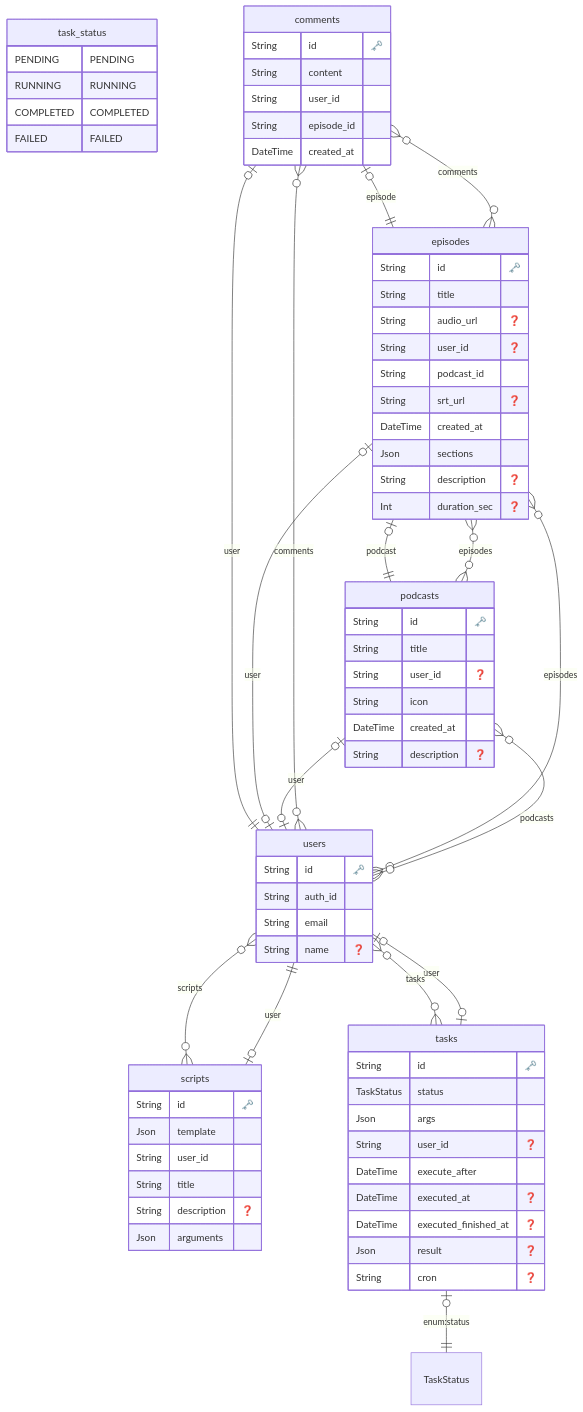
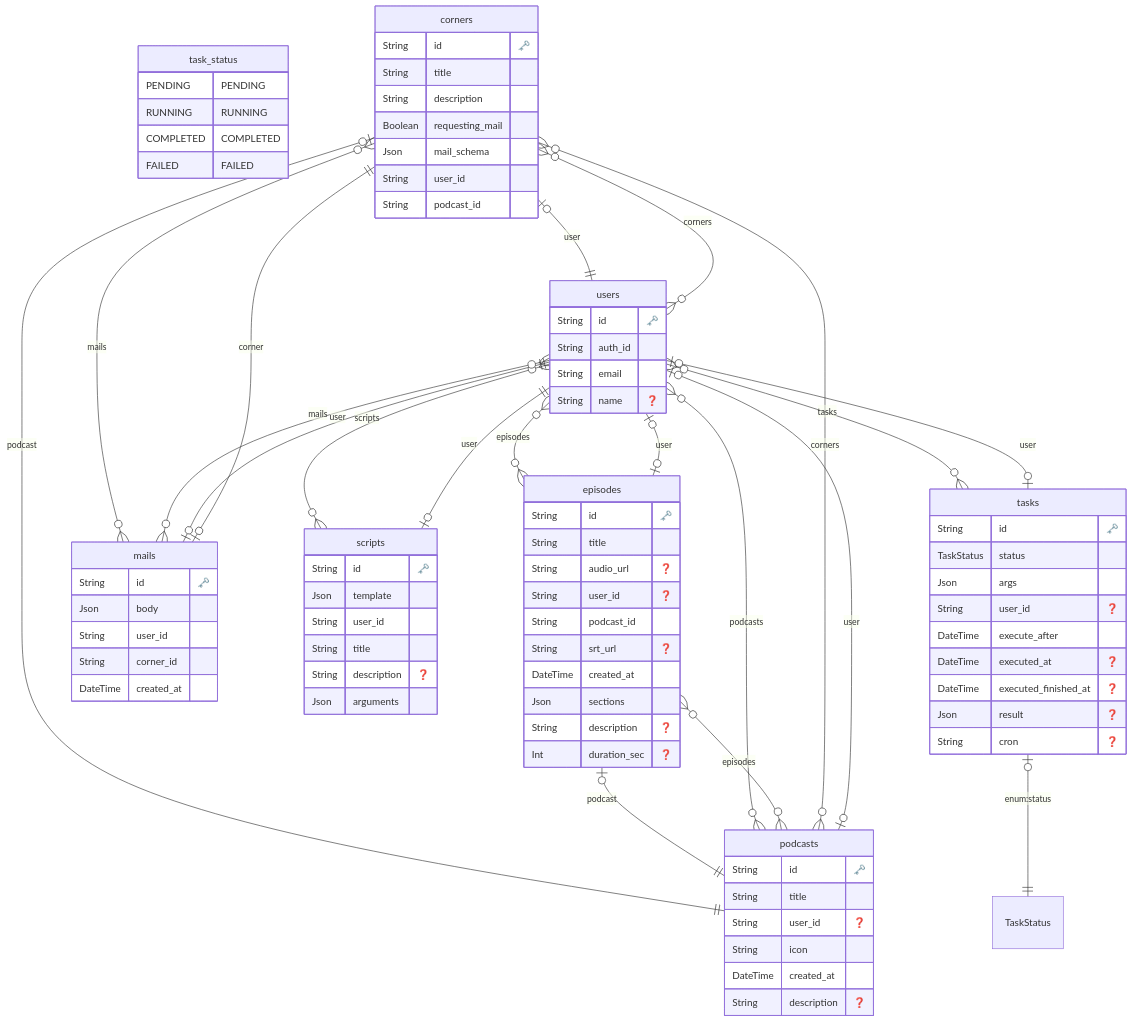
One commit to wakame-tech/botcast changed the diagram in api/prisma/schema/ERD.md. Above: the diagram before and after it, drawn with Mermaid. The commit also changed 34 other files, not shown here.

Commit message:
fix: Add `Corner` and `Mail` (#72)

````diff
--- a/api/prisma/schema/ERD.md
+++ b/api/prisma/schema/ERD.md
@@ -8,12 +8,14 @@
 FAILED FAILED
         }
     
-  "comments" {
+  "corners" {
     String id "🗝️"
-    String content 
+    String title 
+    String description 
+    Boolean requesting_mail 
+    Json mail_schema 
     String user_id 
-    String episode_id 
-    DateTime created_at 
+    String podcast_id 
     }
   
 
@@ -28,6 +30,15 @@
     Json sections 
     String description "❓"
     Int duration_sec "❓"
+    }
+  
+
+  "mails" {
+    String id "🗝️"
+    Json body 
+    String user_id 
+    String corner_id 
+    DateTime created_at 
     }
   
 
@@ -71,19 +82,23 @@
     String name "❓"
     }
   
-    "comments" o|--|| "episodes" : "episode"
-    "comments" o|--|| "users" : "user"
-    "episodes" o{--}o "comments" : "comments"
+    "corners" o|--|| "users" : "user"
+    "corners" o|--|| "podcasts" : "podcast"
+    "corners" o{--}o "mails" : "mails"
     "episodes" o|--|| "podcasts" : "podcast"
     "episodes" o|--|o "users" : "user"
+    "mails" o|--|| "users" : "user"
+    "mails" o|--|| "corners" : "corner"
     "podcasts" o{--}o "episodes" : "episodes"
+    "podcasts" o{--}o "corners" : "corners"
     "podcasts" o|--|o "users" : "user"
     "scripts" o|--|| "users" : "user"
     "tasks" o|--|| "TaskStatus" : "enum:status"
     "tasks" o|--|o "users" : "user"
-    "users" o{--}o "comments" : "comments"
     "users" o{--}o "episodes" : "episodes"
     "users" o{--}o "podcasts" : "podcasts"
     "users" o{--}o "scripts" : "scripts"
     "users" o{--}o "tasks" : "tasks"
+    "users" o{--}o "corners" : "corners"
+    "users" o{--}o "mails" : "mails"
 ```
````
